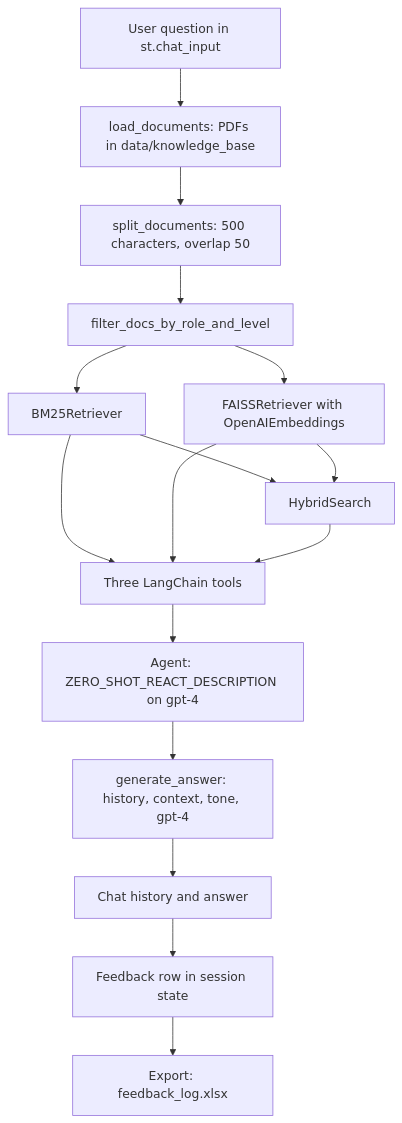
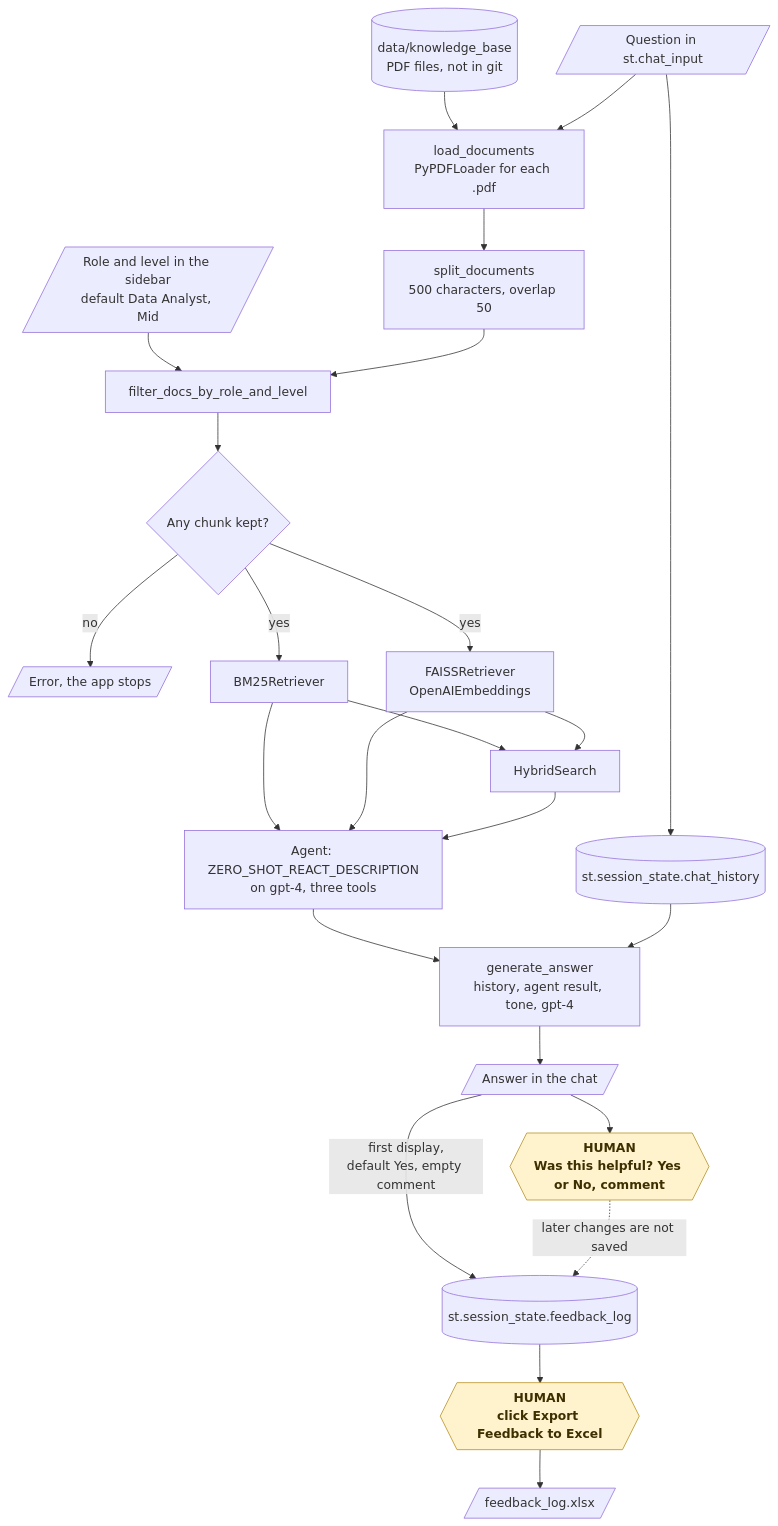
The fifth of 16 diagrams in README.md (KrishnaAnnavaram/KnowFlow-RAG), drawn with Mermaid before and after one commit. The commit also changed other lines of this file, not shown here.

Commit message:
Add the workflow diagrams to the README

````diff
--- a/README.md
+++ b/README.md
@@ -237,18 +282,29 @@
 ```mermaid
-flowchart TB
-    Q["User question in st.chat_input"] --> LOAD["load_documents: PDFs in data/knowledge_base"]
-    LOAD --> SPLIT["split_documents: 500 characters, overlap 50"]
+flowchart TD
+    Q[/"Question in st.chat_input"/] --> HIST[("st.session_state.chat_history")]
+    SEL[/"Role and level in the sidebar<br/>default Data Analyst, Mid"/] --> FIL
+    KB[("data/knowledge_base<br/>PDF files, not in git")] --> LOAD["load_documents<br/>PyPDFLoader for each .pdf"]
+    Q --> LOAD
+    LOAD --> SPLIT["split_documents<br/>500 characters, overlap 50"]
     SPLIT --> FIL["filter_docs_by_role_and_level"]
-    FIL --> BM["BM25Retriever"]
-    FIL --> FA["FAISSRetriever with OpenAIEmbeddings"]
+    FIL --> ANY{"Any chunk kept?"}
+    ANY -- "no" --> ERR[/"Error, the app stops"/]
+    ANY -- "yes" --> BM["BM25Retriever"]
+    ANY -- "yes" --> FA["FAISSRetriever<br/>OpenAIEmbeddings"]
     BM --> HY["HybridSearch"]
     FA --> HY
-    BM --> TOOLS["Three LangChain tools"]
-    FA --> TOOLS
-    HY --> TOOLS
-    TOOLS --> AG["Agent: ZERO_SHOT_REACT_DESCRIPTION on gpt-4"]
-    AG --> GEN["generate_answer: history, context, tone, gpt-4"]
-    GEN --> CHAT["Chat history and answer"]
-    CHAT --> FB["Feedback row in session state"]
-    FB --> XLS["Export: feedback_log.xlsx"]
+    BM --> AG["Agent: ZERO_SHOT_REACT_DESCRIPTION<br/>on gpt-4, three tools"]
+    FA --> AG
+    HY --> AG
+    AG --> GEN["generate_answer<br/>history, agent result, tone, gpt-4"]
+    HIST --> GEN
+    GEN --> ANS[/"Answer in the chat"/]
+    ANS -- "first display,<br/>default Yes, empty comment" --> LOG[("st.session_state.feedback_log")]
+    ANS --> RATE{{"HUMAN<br/>Was this helpful? Yes or No, comment"}}
+    RATE -. "later changes are not saved" .-> LOG
+    LOG --> EXP{{"HUMAN<br/>click Export Feedback to Excel"}}
+    EXP --> XLS[/"feedback_log.xlsx"/]
+
+    classDef human fill:#fff3cd,stroke:#b8901f,color:#3d2f00,font-weight:bold
+    class RATE,EXP human
 ```
````
